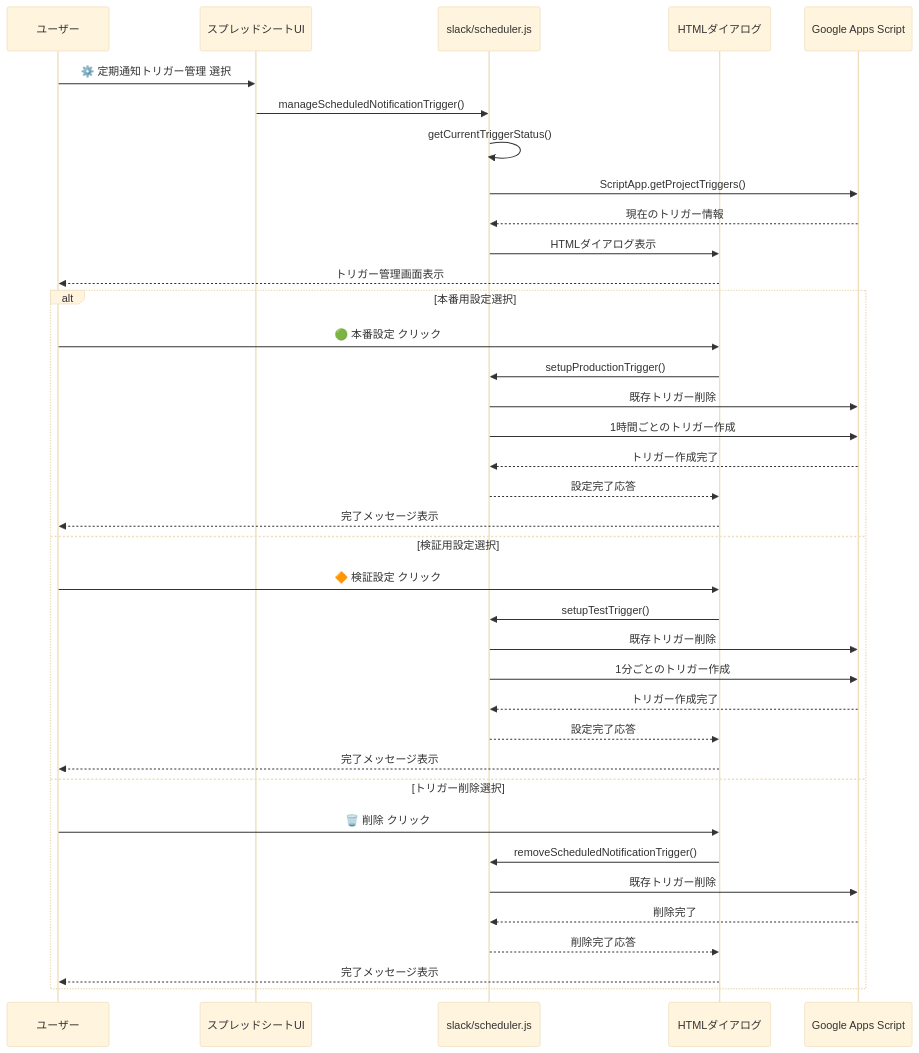
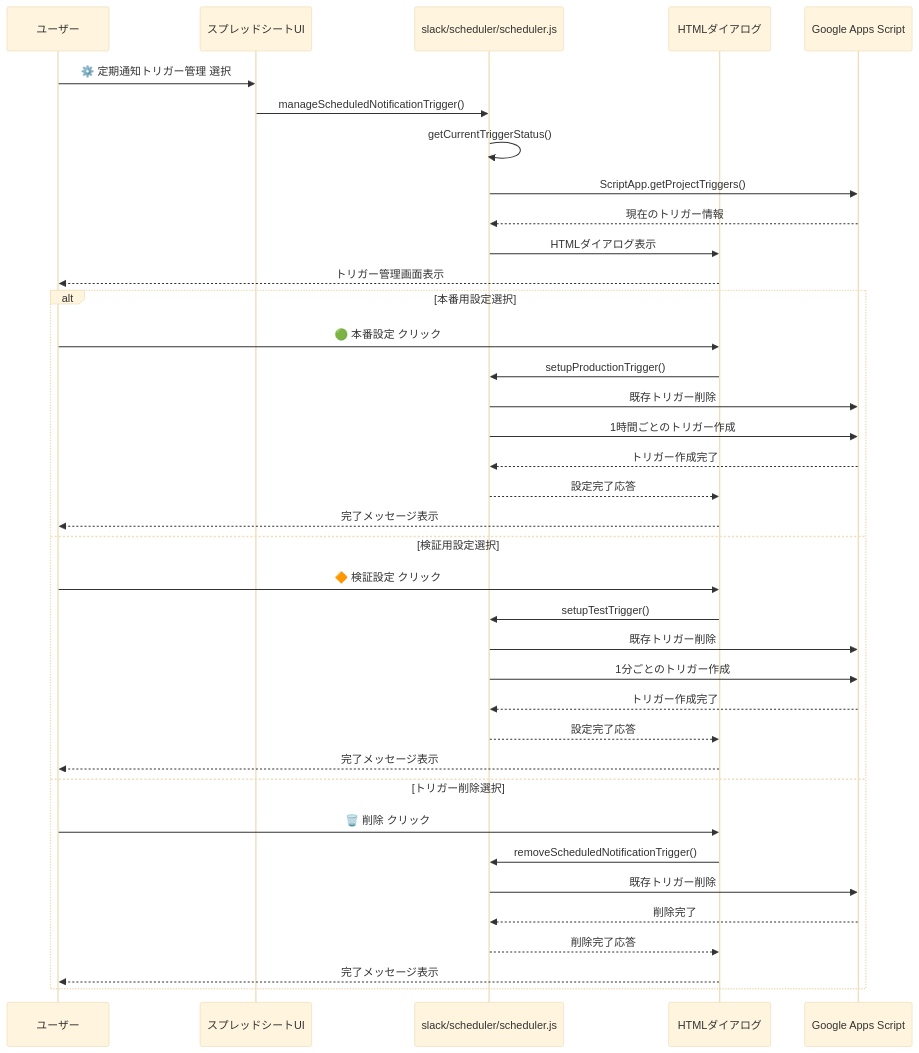
Before and after one commit to steamship-inc/relation-bot: the third of 4 diagrams in docs/sequence-slack.md, drawn with Mermaid (base theme). The commit also changed other lines of this file and 6 other files, not shown here.

````diff
--- a/docs/sequence-slack.md
+++ b/docs/sequence-slack.md
@@ -90,47 +90,47 @@
 ```mermaid
 sequenceDiagram
     participant User as ユーザー
     participant UI as スプレッドシートUI
-    participant Scheduler as slack/scheduler.js
+    participant Scheduler as slack/scheduler/scheduler.js
     participant Dialog as HTMLダイアログ
     participant GAS as Google Apps Script
     
     %% トリガー管理画面の表示
     User->>UI: ⚙️ 定期通知トリガー管理 選択
     UI->>Scheduler: manageScheduledNotificationTrigger()
     Scheduler->>Scheduler: getCurrentTriggerStatus()
     Scheduler->>GAS: ScriptApp.getProjectTriggers()
     GAS-->>Scheduler: 現在のトリガー情報
     Scheduler->>Dialog: HTMLダイアログ表示
     Dialog-->>User: トリガー管理画面表示
     
     %% 本番用トリガー設定
     alt 本番用設定選択
         User->>Dialog: 🟢 本番設定 クリック
         Dialog->>Scheduler: setupProductionTrigger()
         Scheduler->>GAS: 既存トリガー削除
         Scheduler->>GAS: 1時間ごとのトリガー作成
         GAS-->>Scheduler: トリガー作成完了
         Scheduler-->>Dialog: 設定完了応答
         Dialog-->>User: 完了メッセージ表示
     
     %% 検証用トリガー設定
     else 検証用設定選択
         User->>Dialog: 🔶 検証設定 クリック
         Dialog->>Scheduler: setupTestTrigger()
         Scheduler->>GAS: 既存トリガー削除
         Scheduler->>GAS: 1分ごとのトリガー作成
         GAS-->>Scheduler: トリガー作成完了
         Scheduler-->>Dialog: 設定完了応答
         Dialog-->>User: 完了メッセージ表示
     
     %% トリガー削除
     else トリガー削除選択
         User->>Dialog: 🗑️ 削除 クリック
         Dialog->>Scheduler: removeScheduledNotificationTrigger()
         Scheduler->>GAS: 既存トリガー削除
         GAS-->>Scheduler: 削除完了
         Scheduler-->>Dialog: 削除完了応答
         Dialog-->>User: 完了メッセージ表示
     end
 ```
````
